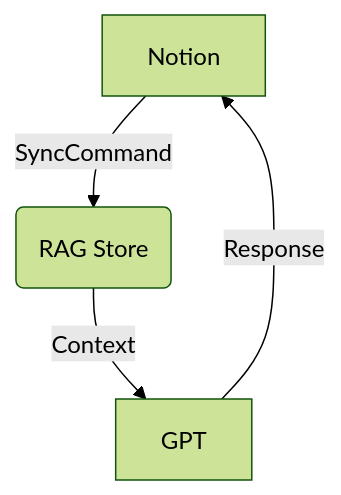
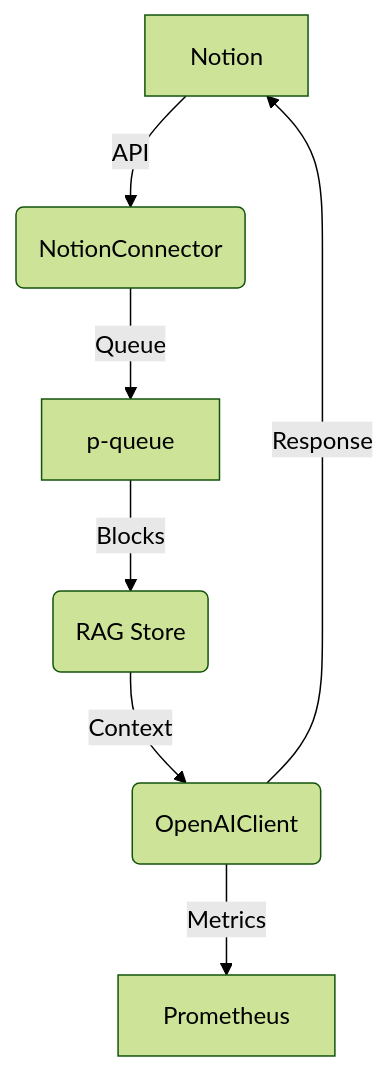
One commit to HID-KPI-Karazin/GPT-Notion changed the diagram in docs/architecture.md. Above: the diagram before and after it, drawn with Mermaid (forest theme).

Commit message:
docs: expand architecture diagram

````diff
--- a/docs/architecture.md
+++ b/docs/architecture.md
@@ -6,6 +6,9 @@
 ```mermaid
 graph TD
-    A[Notion] -->|SyncCommand| B(RAG Store)
-    B -->|Context| C[GPT]
-    C -->|Response| A
+    A[Notion] -->|API| N(NotionConnector)
+    N -->|Queue| Q[p-queue]
+    Q -->|Blocks| R(RAG Store)
+    R -->|Context| O(OpenAIClient)
+    O -->|Response| A
+    O -->|Metrics| M[Prometheus]
 ```
````
